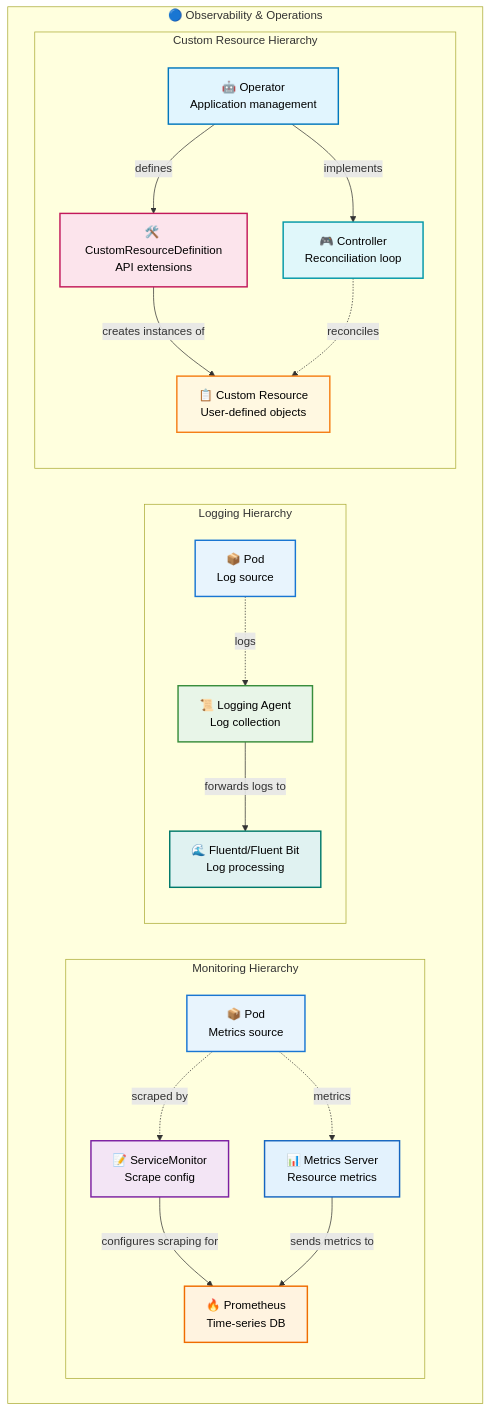
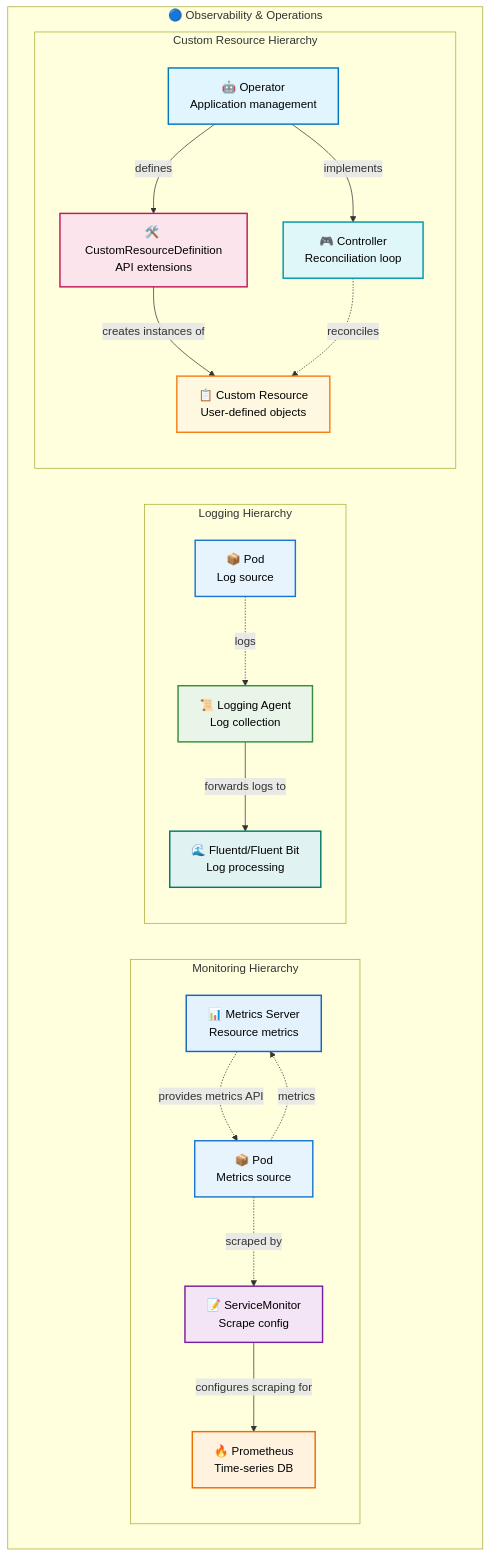
One commit to razkevich/system_design_course changed the eighth of 8 diagrams in 1.4_distributed_systems/kubernetes_developer_guide.md. Above: the diagram before and after it, drawn with Mermaid. The commit also changed other lines of this file, not shown here.

````diff
--- a/1.4_distributed_systems/kubernetes_developer_guide.md
+++ b/1.4_distributed_systems/kubernetes_developer_guide.md
@@ -310,50 +306,50 @@
 ```mermaid
 flowchart TD
     subgraph "🔵 Observability & Operations"
         
         subgraph "Monitoring Hierarchy"
             MetricsServer["📊 Metrics Server<br/>Resource metrics"]
             Prometheus["🔥 Prometheus<br/>Time-series DB"]
             ServiceMonitor["📝 ServiceMonitor<br/>Scrape config"]
             MonitoredPod["📦 Pod<br/>Metrics source"]
             
             ServiceMonitor -->|"configures scraping for"| Prometheus
-            MetricsServer -->|"sends metrics to"| Prometheus
+            MetricsServer -.->|"provides metrics API"| MonitoredPod
             MonitoredPod -.->|"scraped by"| ServiceMonitor
             MonitoredPod -.->|"metrics"| MetricsServer
         end
         
         subgraph "Logging Hierarchy"
             LoggingAgent["📜 Logging Agent<br/>Log collection"]
             Fluentd["🌊 Fluentd/Fluent Bit<br/>Log processing"]
             LogPod["📦 Pod<br/>Log source"]
             
             LogPod -.->|"logs"| LoggingAgent
             LoggingAgent -->|"forwards logs to"| Fluentd
         end
         
         subgraph "Custom Resource Hierarchy"
             Operator["🤖 Operator<br/>Application management"]
             Controller["🎮 Controller<br/>Reconciliation loop"]
             CRD["🛠️ CustomResourceDefinition<br/>API extensions"]
             CustomResource["📋 Custom Resource<br/>User-defined objects"]
             
             Operator -->|"implements"| Controller
             Operator -->|"defines"| CRD
             CRD -->|"creates instances of"| CustomResource
             Controller -.->|"reconciles"| CustomResource
         end
     end
     
     style MonitoredPod fill:#e8f4fd,stroke:#1976d2,stroke-width:2px,color:#000
     style LogPod fill:#e8f4fd,stroke:#1976d2,stroke-width:2px,color:#000
     style MetricsServer fill:#e3f2fd,stroke:#1565c0,stroke-width:2px,color:#000
     style Prometheus fill:#fff3e0,stroke:#ef6c00,stroke-width:2px,color:#000
     style ServiceMonitor fill:#f3e5f5,stroke:#7b1fa2,stroke-width:2px,color:#000
     style LoggingAgent fill:#e8f5e8,stroke:#388e3c,stroke-width:2px,color:#000
     style Fluentd fill:#e0f2f1,stroke:#00796b,stroke-width:2px,color:#000
     style Operator fill:#e1f5fe,stroke:#0277bd,stroke-width:2px,color:#000
     style Controller fill:#e0f7fa,stroke:#0097a7,stroke-width:2px,color:#000
     style CRD fill:#fce4ec,stroke:#c2185b,stroke-width:2px,color:#000
     style CustomResource fill:#fff8e1,stroke:#f57f17,stroke-width:2px,color:#000
 ```
````
